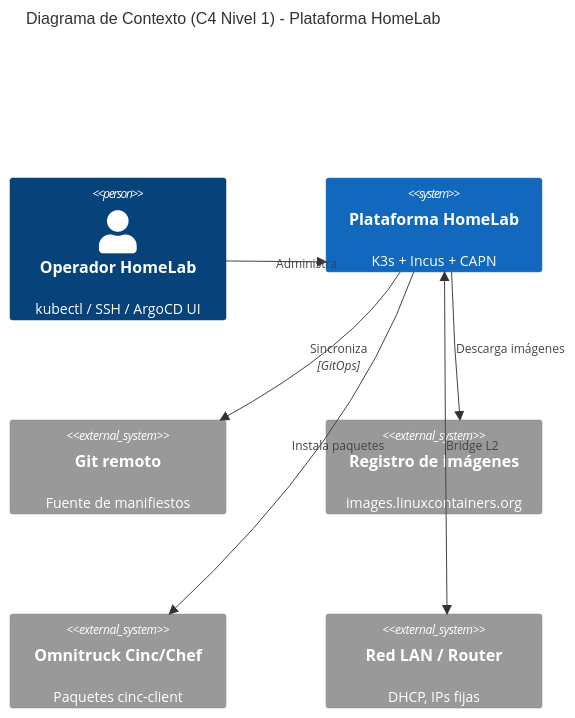
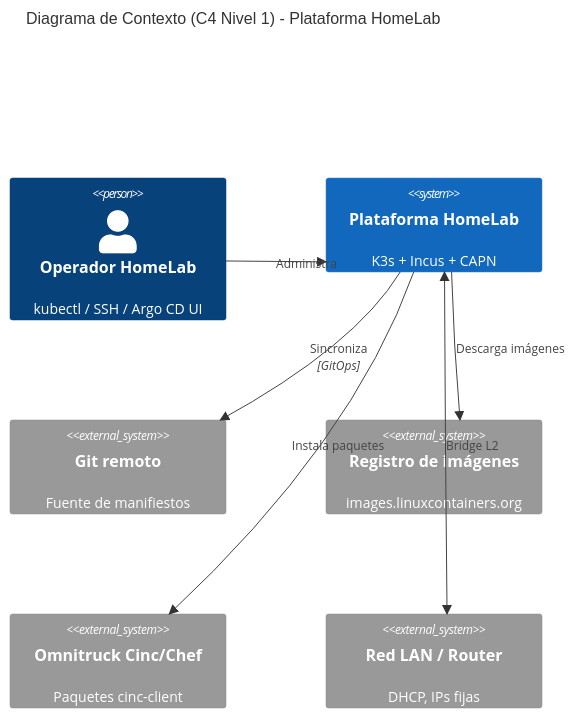
Before and after one commit to maceosoft/homelab: the diagram in README.md, drawn with Mermaid. The commit also changed other lines of this file and 181 other files, not shown here.

````diff
--- a/README.md
+++ b/README.md
@@ -27,17 +27,17 @@
 ```mermaid
 C4Context
     title Diagrama de Contexto (C4 Nivel 1) - Plataforma HomeLab
 
-    Person(operador, "Operador HomeLab", "kubectl / SSH / ArgoCD UI")
+    Person(operador, "Operador HomeLab", "kubectl / SSH / Argo CD UI")
     System(plataforma, "Plataforma HomeLab", "K3s + Incus + CAPN")
     System_Ext(git, "Git remoto", "Fuente de manifiestos")
     System_Ext(registro, "Registro de imágenes", "images.linuxcontainers.org")
     System_Ext(omnitruck, "Omnitruck Cinc/Chef", "Paquetes cinc-client")
     System_Ext(lan, "Red LAN / Router", "DHCP, IPs fijas")
 
     Rel(operador, plataforma, "Administra")
     Rel(plataforma, git, "Sincroniza", "GitOps")
     Rel(plataforma, registro, "Descarga imágenes")
     Rel(plataforma, omnitruck, "Instala paquetes")
     BiRel(plataforma, lan, "Bridge L2")
 ```
````
